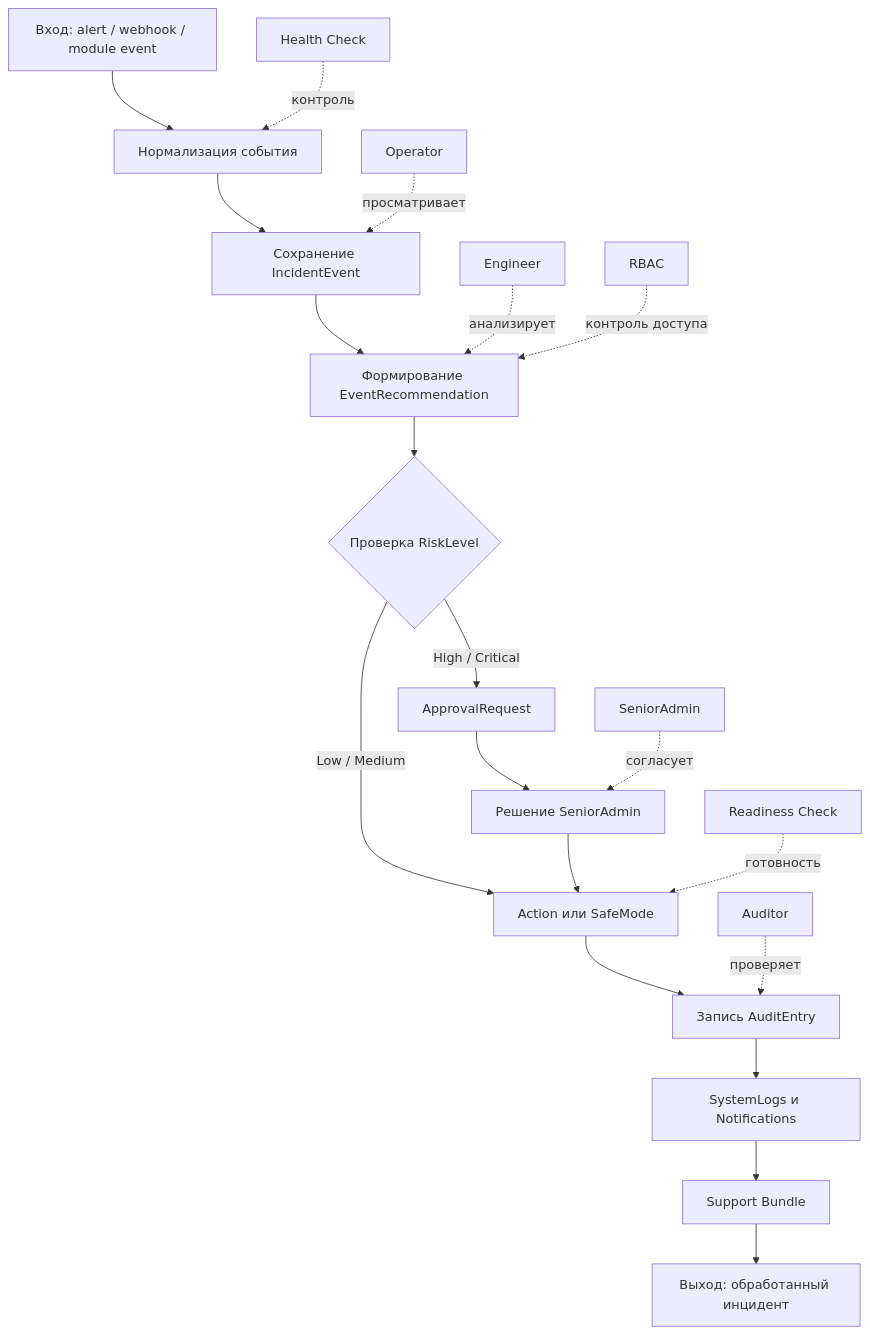
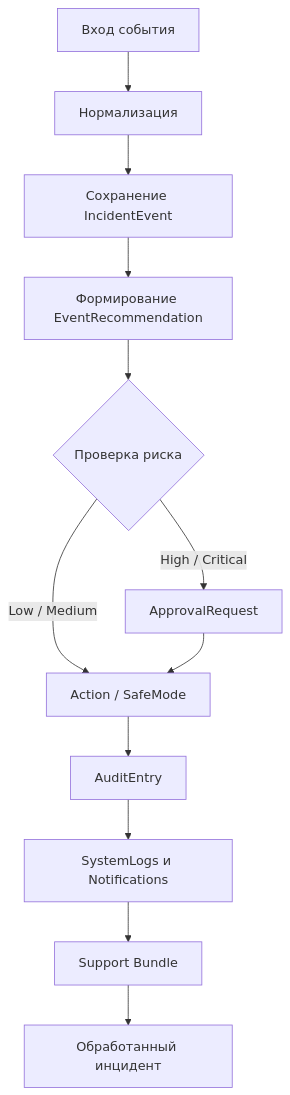
Before and after one commit to DenisPyhtin/SysAssist: the second of 4 diagrams in docs/defense/README.md, drawn with Mermaid. The commit also changed other lines of this file, not shown here.

Commit message:
Переделана презентация для защиты: объединены все диаграммы, скриншоты, процесс событий, Docker; упрощена для показа на защите

````diff
--- a/docs/defense/README.md
+++ b/docs/defense/README.md
@@ -65,24 +29,14 @@
 ```mermaid
 flowchart TD
-    A[Вход: alert / webhook / module event] --> B[Нормализация события]
+    A[Вход события] --> B[Нормализация]
     B --> C[Сохранение IncidentEvent]
     C --> D[Формирование EventRecommendation]
-    D --> E{Проверка RiskLevel}
-    E -->|Low / Medium| F[Action или SafeMode]
+    D --> E{Проверка риска}
+    E -->|Low / Medium| F[Action / SafeMode]
     E -->|High / Critical| G[ApprovalRequest]
-    G --> H[Решение SeniorAdmin]
-    H --> F
-    F --> I[Запись AuditEntry]
-    I --> J[SystemLogs и Notifications]
-    J --> K[Support Bundle]
-    K --> L[Выход: обработанный инцидент]
-
-    O[Operator] -. просматривает .-> C
-    EN[Engineer] -. анализирует .-> D
-    SA[SeniorAdmin] -. согласует .-> H
-    AU[Auditor] -. проверяет .-> I
-
-    HC[Health Check] -. контроль .-> B
-    RBAC[RBAC] -. контроль доступа .-> D
-    RD[Readiness Check] -. готовность .-> F
+    G --> F
+    F --> H[AuditEntry]
+    H --> I[SystemLogs и Notifications]
+    I --> J[Support Bundle]
+    J --> K[Обработанный инцидент]
 ```
````
